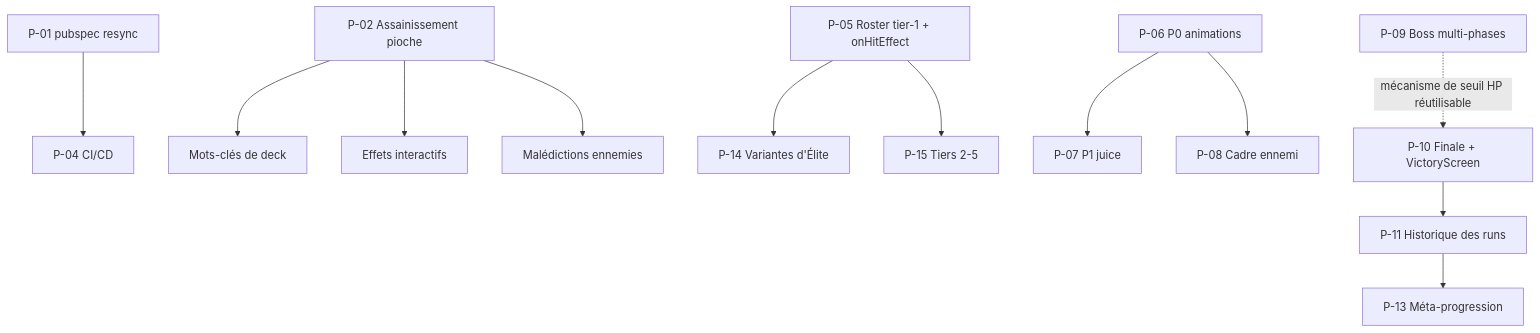
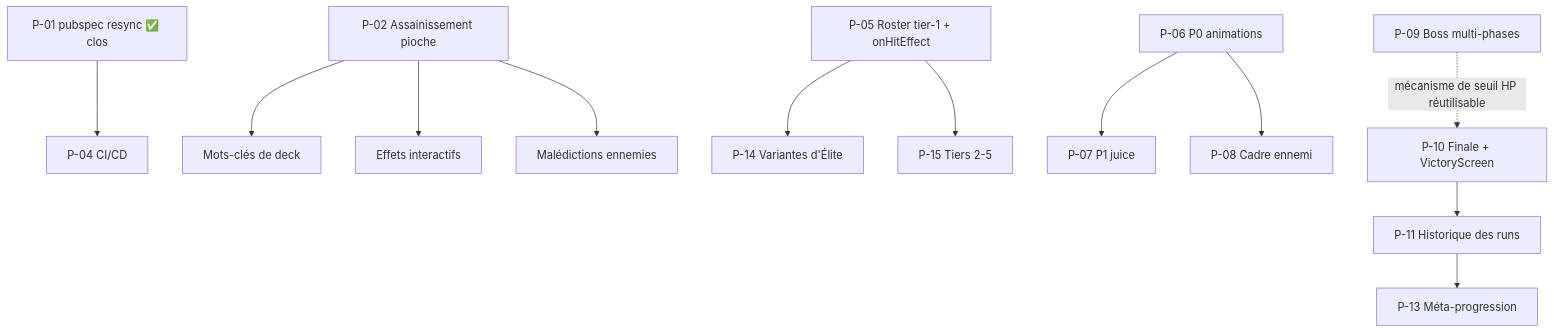
The second of 3 diagrams in docs/ROADMAP.md (Hex-Umbra/hero-s-draft), drawn with Mermaid before and after one commit. The commit also changed other lines of this file and 20 other files, not shown here.

````diff
--- a/docs/ROADMAP.md
+++ b/docs/ROADMAP.md
@@ -43,14 +43,14 @@
 ```mermaid
 graph TD
-    P01[P-01 pubspec resync] --> P04[P-04 CI/CD]
+    P01["P-01 pubspec resync ✅ clos"] --> P04[P-04 CI/CD]
     P02[P-02 Assainissement pioche] --> B18[Mots-clés de deck]
     P02 --> B19[Effets interactifs]
     P02 --> B20[Malédictions ennemies]
     P05[P-05 Roster tier-1 + onHitEffect] --> P14[P-14 Variantes d'Élite]
     P05 --> P15[P-15 Tiers 2-5]
     P06[P-06 P0 animations] --> P07[P-07 P1 juice]
     P06 --> P08[P-08 Cadre ennemi]
     P10[P-10 Finale + VictoryScreen] --> P11[P-11 Historique des runs]
     P11 --> P13[P-13 Méta-progression]
     P09[P-09 Boss multi-phases] -.mécanisme de seuil HP réutilisable.-> P10
 ```
````
